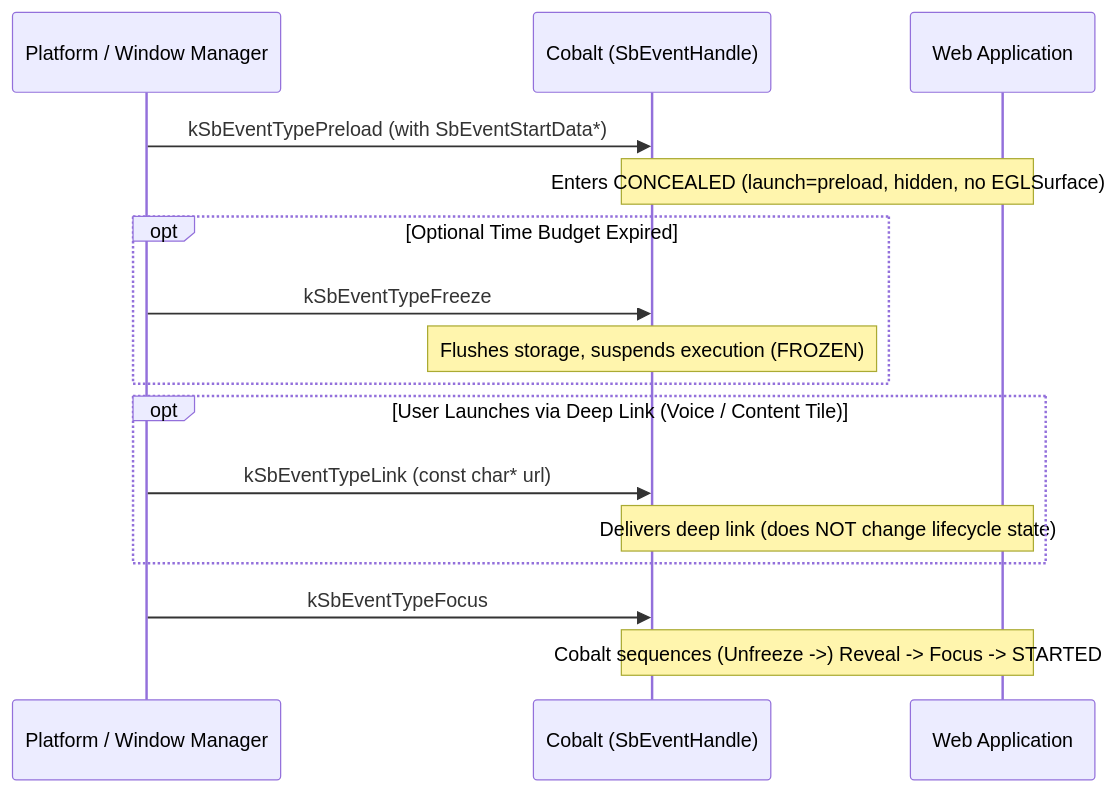
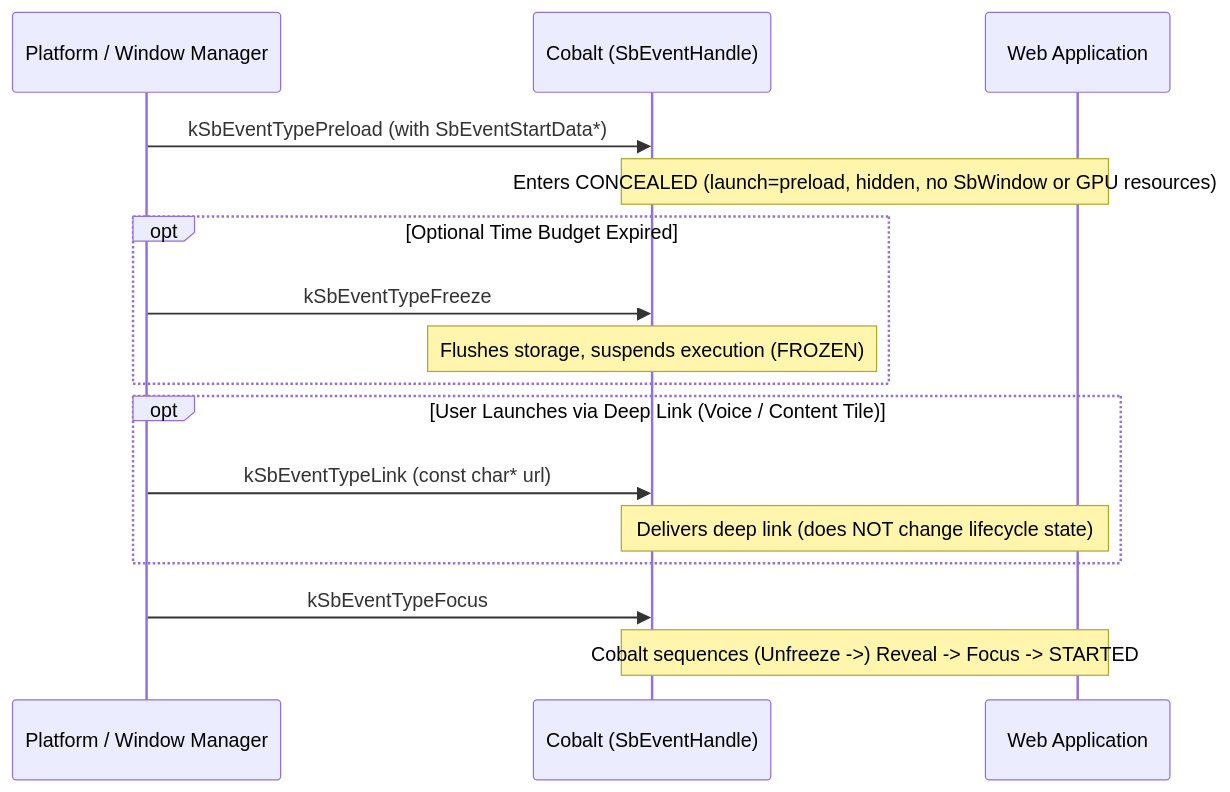
The diagram in cobalt/doc/preload.md (youtube/cobalt), drawn with Mermaid before and after one commit. The commit also changed other lines of this file and 1 other file, not shown here.

First line of the commit message:
doc: Clarify window lifetime, foreground/background levels, and OnSuspend/OnResume

````diff
--- a/cobalt/doc/preload.md
+++ b/cobalt/doc/preload.md
@@ -29,19 +29,19 @@
 ```mermaid
 sequenceDiagram
   participant Platform as Platform / Window Manager
   participant Cobalt as Cobalt (SbEventHandle)
   participant WebApp as Web Application
 
   Platform->>Cobalt: kSbEventTypePreload (with SbEventStartData*)
-  Note over Cobalt,WebApp: Enters CONCEALED (launch=preload, hidden, no EGLSurface)
+  Note over Cobalt,WebApp: Enters CONCEALED (launch=preload, hidden, no SbWindow or GPU resources)
   opt Optional Time Budget Expired
     Platform->>Cobalt: kSbEventTypeFreeze
     Note over Cobalt: Flushes storage, suspends execution (FROZEN)
   end
   opt User Launches via Deep Link (Voice / Content Tile)
     Platform->>Cobalt: kSbEventTypeLink (const char* url)
     Note over Cobalt,WebApp: Delivers deep link (does NOT change lifecycle state)
   end
   Platform->>Cobalt: kSbEventTypeFocus
   Note over Cobalt,WebApp: Cobalt sequences (Unfreeze ->) Reveal -> Focus -> STARTED
 ```
````
